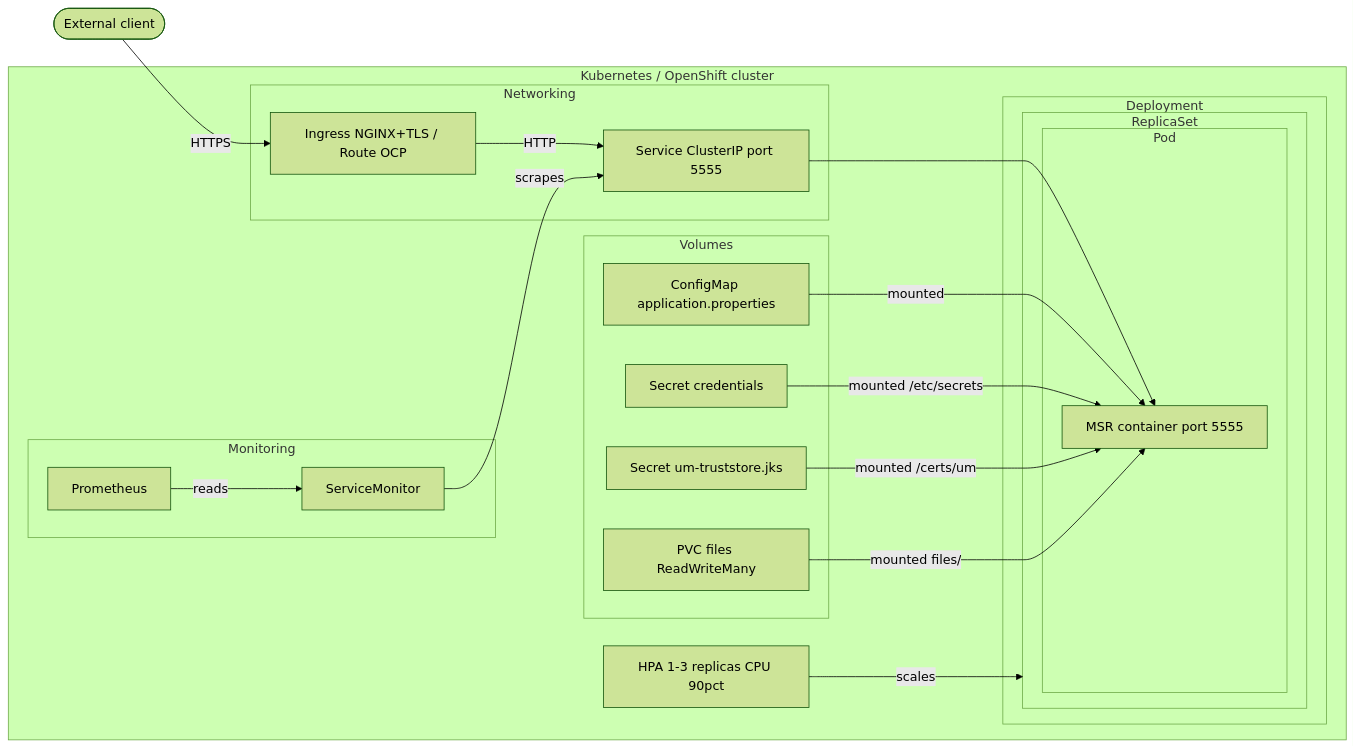
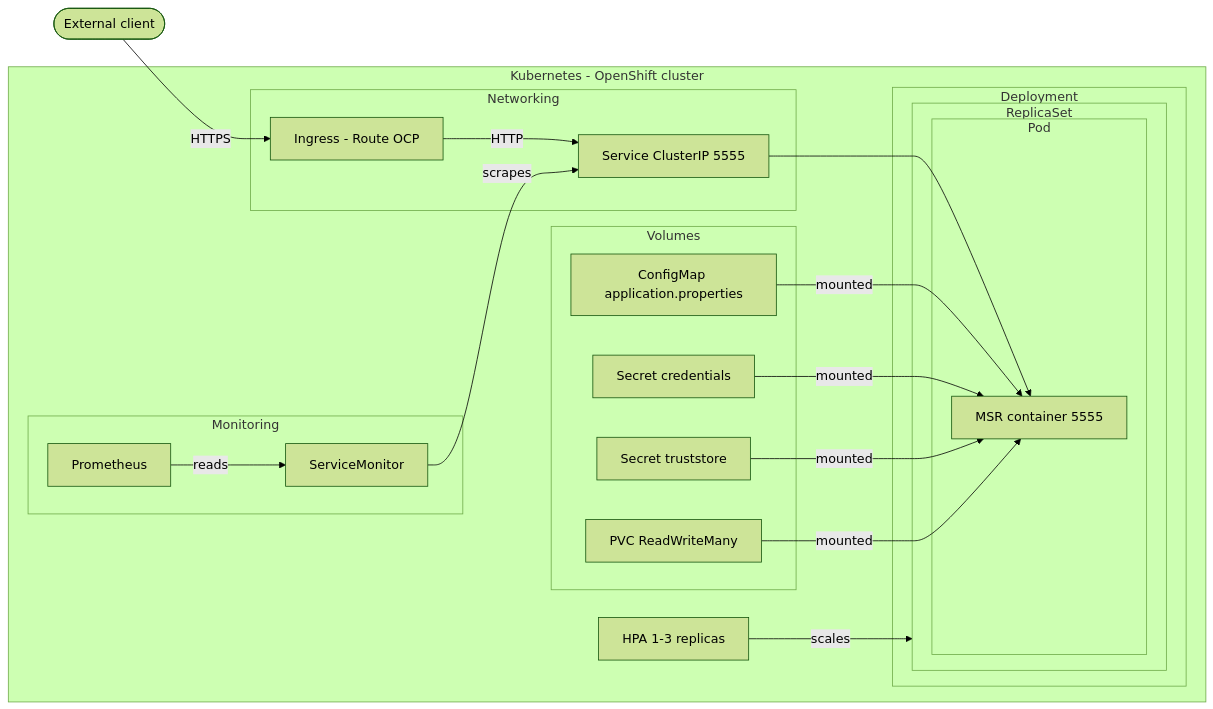
The diagram in resources/documentation/deployment-kubernetes.md (staillanibm/demoOrderManagement), drawn with Mermaid (forest theme) before and after one commit. The commit also changed 3 other files, not shown here.

````diff
--- a/resources/documentation/deployment-kubernetes.md
+++ b/resources/documentation/deployment-kubernetes.md
@@ -7,44 +7,44 @@
 ```mermaid
 graph LR
     client([External client])
 
-    subgraph cluster[Kubernetes / OpenShift cluster]
+    subgraph cluster[Kubernetes - OpenShift cluster]
         subgraph monitoring[Monitoring]
             prometheus[Prometheus]
             sm[ServiceMonitor]
         end
 
         subgraph network[Networking]
-            ingress[Ingress NGINX+TLS / Route OCP]
-            svc[Service ClusterIP port 5555]
+            ingress[Ingress - Route OCP]
+            svc[Service ClusterIP 5555]
         end
 
         subgraph deploy[Deployment]
             subgraph rs[ReplicaSet]
                 subgraph pod[Pod]
-                    msr[MSR container port 5555]
+                    msr[MSR container 5555]
                 end
             end
         end
 
-        hpa[HPA 1-3 replicas CPU 90pct]
+        hpa[HPA 1-3 replicas]
 
         subgraph vols[Volumes]
             cm[ConfigMap application.properties]
             secrets[Secret credentials]
-            truststore[Secret um-truststore.jks]
-            pvc[PVC files ReadWriteMany]
+            truststore[Secret truststore]
+            pvc[PVC ReadWriteMany]
         end
     end
 
     client -->|HTTPS| ingress
     ingress -->|HTTP| svc
     svc --> msr
     hpa -->|scales| rs
     prometheus -->|reads| sm
     sm -->|scrapes| svc
     cm -->|mounted| msr
-    secrets -->|mounted /etc/secrets| msr
-    truststore -->|mounted /certs/um| msr
-    pvc -->|mounted files/| msr
+    secrets -->|mounted| msr
+    truststore -->|mounted| msr
+    pvc -->|mounted| msr
 ```
````
